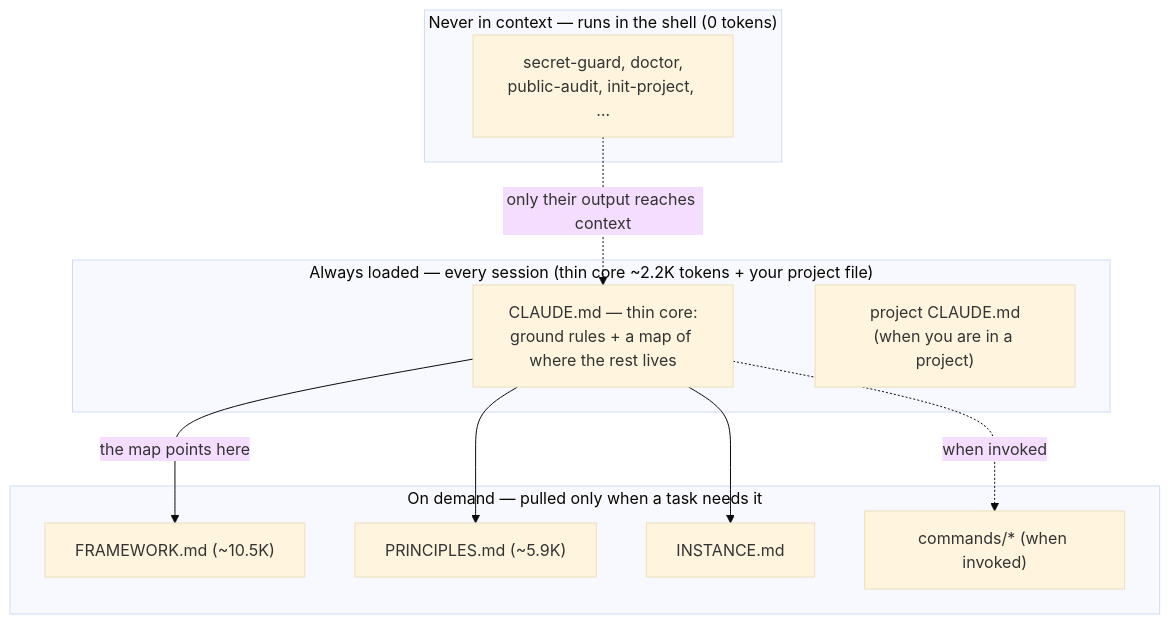
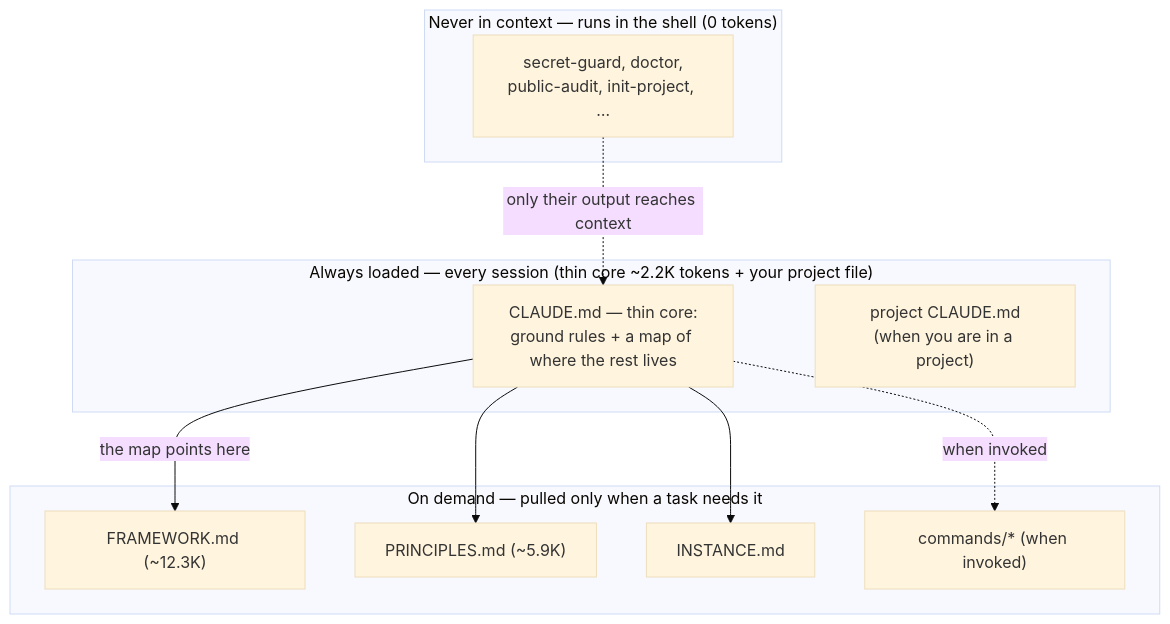
One commit to rockerlabs/keel changed the diagram in README.md. Above: the diagram before and after it, drawn with Mermaid (base theme). The commit also changed 6 other files, not shown here.

````diff
--- a/README.md
+++ b/README.md
@@ -121,21 +121,21 @@
 ```mermaid
 flowchart TD
     subgraph always["Always loaded — every session (thin core ~2.2K tokens + your project file)"]
         core["CLAUDE.md — thin core:<br/>ground rules + a map of where the rest lives"]
         proj["project CLAUDE.md<br/>(when you are in a project)"]
     end
     subgraph demand["On demand — pulled only when a task needs it"]
-        fw["FRAMEWORK.md (~10.5K)"]
+        fw["FRAMEWORK.md (~12.3K)"]
         prin["PRINCIPLES.md (~5.9K)"]
         inst["INSTANCE.md"]
         cmd["commands/* (when invoked)"]
     end
     subgraph never["Never in context — runs in the shell (0 tokens)"]
         tools["secret-guard, doctor,<br/>public-audit, init-project, …"]
     end
     core -->|the map points here| fw
     core --> prin
     core --> inst
     core -.->|when invoked| cmd
     tools -.->|only their output reaches context| core
 ```
````
